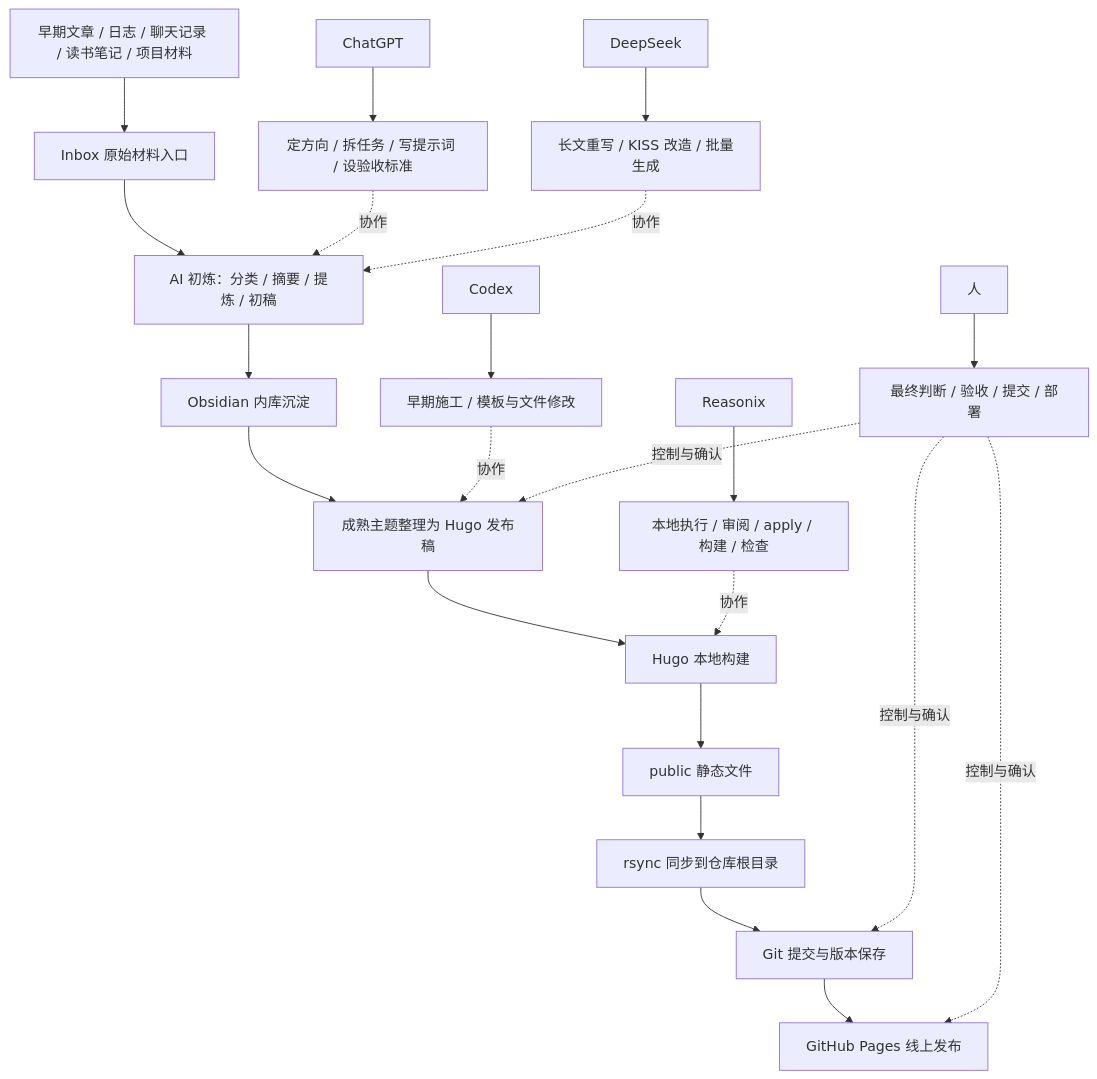
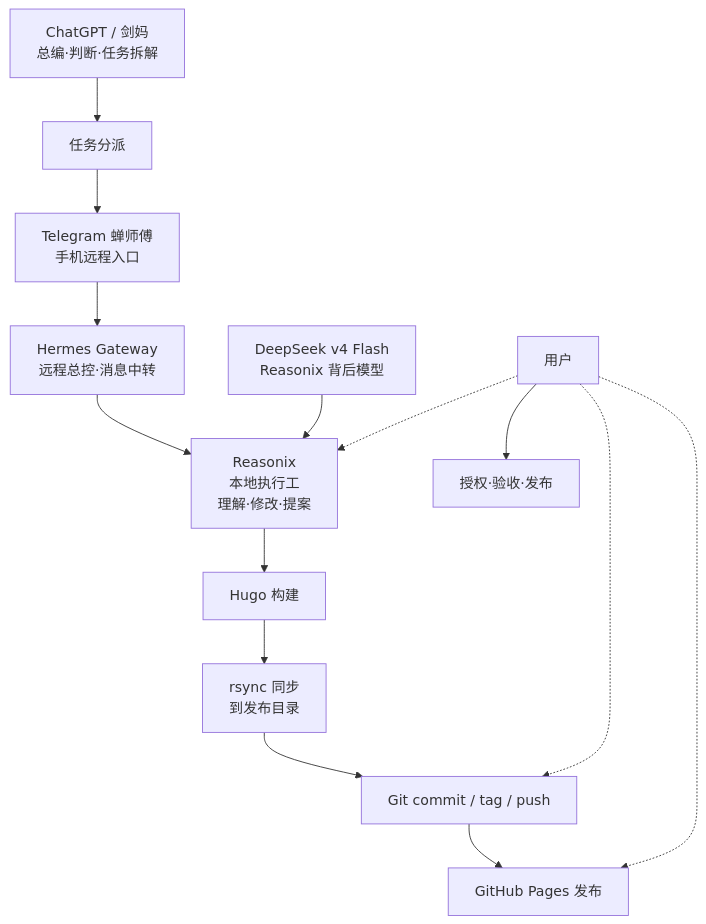
One commit to angelife/angelife.github.com changed the diagram in hugo-site/content/about.md. Above: the diagram before and after it, drawn with Mermaid. The commit also changed other lines of this file and 6 other files, not shown here.

````diff
--- a/hugo-site/content/about.md
+++ b/hugo-site/content/about.md
@@ -190,26 +76,17 @@
 ```mermaid
 flowchart TD
-    A[早期文章 / 日志 / 聊天记录 / 读书笔记 / 项目材料] --> B[Inbox 原始材料入口]
-    B --> C[AI 初炼：分类 / 摘要 / 提炼 / 初稿]
-    C --> D[Obsidian 内库沉淀]
-    D --> E[成熟主题整理为 Hugo 发布稿]
-    E --> F[Hugo 本地构建]
-    F --> G[public 静态文件]
-    G --> H[rsync 同步到仓库根目录]
-    H --> I[Git 提交与版本保存]
-    I --> J[GitHub Pages 线上发布]
+    A[ChatGPT / 剑妈<br/>总编·判断·任务拆解] --> B[任务分派]
+    B --> C[Telegram 蝉师傅<br/>手机远程入口]
+    C --> D[Hermes Gateway<br/>远程总控·消息中转]
+    D --> E[Reasonix<br/>本地执行工<br/>理解·修改·提案]
+    E --> F[Hugo 构建]
+    F --> G[rsync 同步<br/>到发布目录]
+    G --> H[Git commit / tag / push]
+    H --> I[GitHub Pages 发布]
 
-    K[ChatGPT] --> K1[定方向 / 拆任务 / 写提示词 / 设验收标准]
-    L[Codex] --> L1[早期施工 / 模板与文件修改]
-    M[Reasonix] --> M1[本地执行 / 审阅 / apply / 构建 / 检查]
-    N[DeepSeek] --> N1[长文重写 / KISS 改造 / 批量生成]
-    O[人] --> O1[最终判断 / 验收 / 提交 / 部署]
-
-    K1 -.协作.-> C
-    L1 -.协作.-> E
-    M1 -.协作.-> F
-    N1 -.协作.-> C
-    O1 -.控制与确认.-> E
-    O1 -.控制与确认.-> I
-    O1 -.控制与确认.-> J
+    J[DeepSeek v4 Flash<br/>Reasonix 背后模型] --> E
+    K[用户] --> K1[授权·验收·发布]
+    K -.-> E
+    K -.-> H
+    K -.-> I
 ```
````
